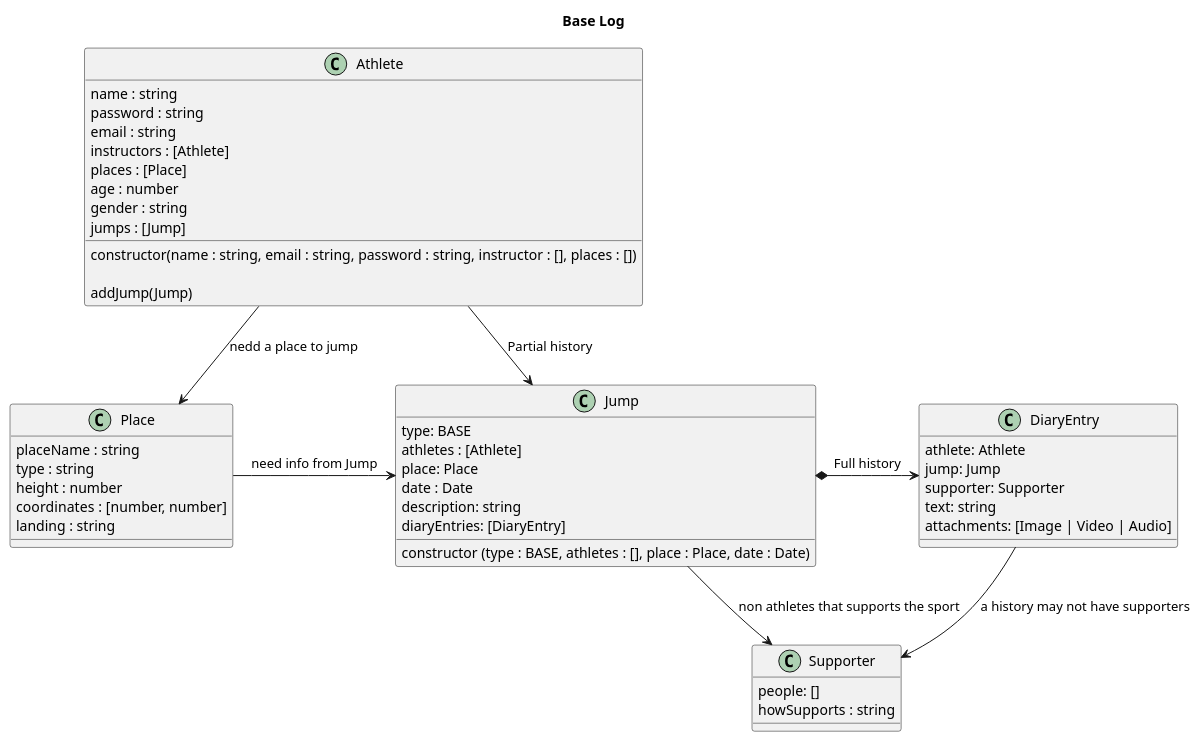
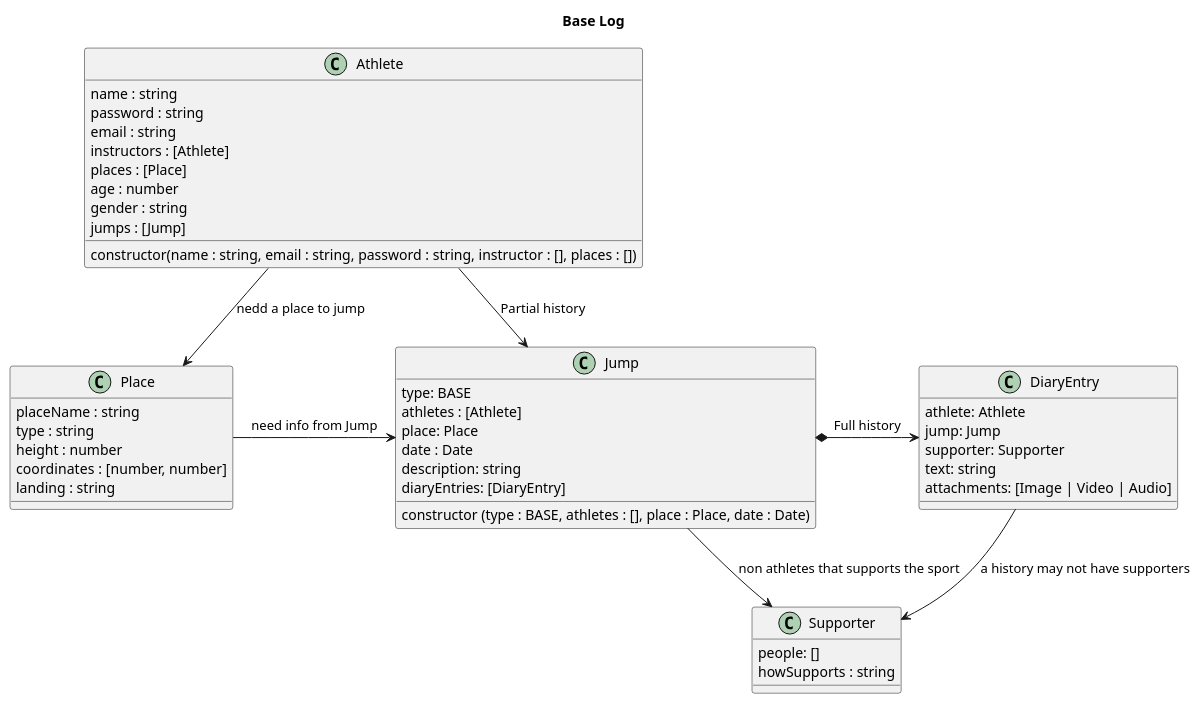
The diagram in architecture/class.puml (discombobulateme/webdoc), drawn with PlantUML before and after one commit.

Commit message:
Delete addJump method to have a jump class

```diff
--- a/architecture/class.puml
+++ b/architecture/class.puml
@@ -1,68 +1,64 @@
 @startuml Base Log
 Title Base Log
 
 class Athlete {
 name : string
 password : string
 email : string
 instructors : [Athlete]
 places : [Place]
 age : number
 gender : string
 jumps : [Jump]
 
 constructor(name : string, email : string, password : string, instructor : [], places : [])
-
-addJump(Jump)
-' Verify: if that place exists
-' Verify: if you are linked in date and place with a Jump
 }
 
 class Jump {
 type: BASE
 athletes : [Athlete]
 place: Place
 date : Date
 ' this is a sinopse
 description: string
 diaryEntries: [DiaryEntry]
 
 constructor (type : BASE, athletes : [], place : Place, date : Date)
 }
 
 class DiaryEntry {
   athlete: Athlete
   jump: Jump
   supporter: Supporter
   ' this is the full history text
   text: string
   attachments: [Image | Video | Audio]
 }
 
 class Place {
 placeName : string
 type : string
 height : number
 coordinates : [number, number]
 landing : string
 }
 
 'non Athletes that supports the sport
 class Supporter {
 people: []
 howSupports : string
 }
 
 ' Head *- Hand : composition
 ' Parent o-- IndependentChild : agregation
 ' Need --> Use : association
 
 Athlete --> Place : nedd a place to jump
 Athlete -> Jump : Partial history
 
 Place -> Jump : need info from Jump
 Jump *-> DiaryEntry : Full history
 Jump --> Supporter : non athletes that supports the sport
 DiaryEntry --> Supporter : a history may not have supporters
 
 @enduml
```
